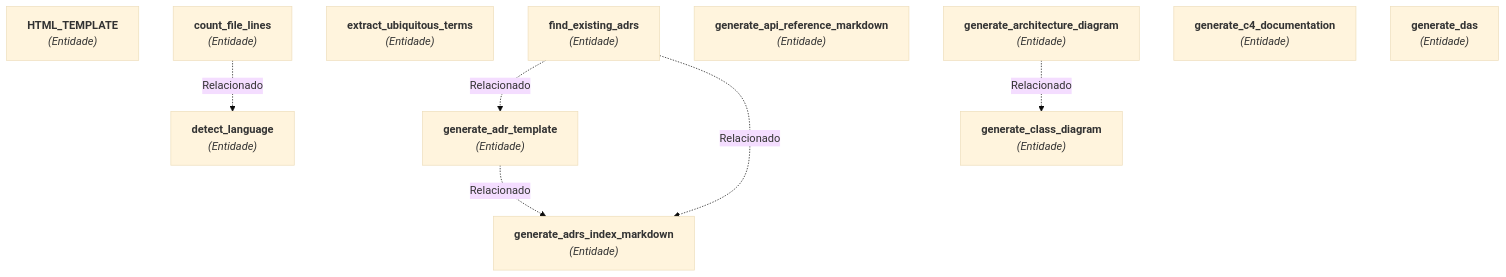
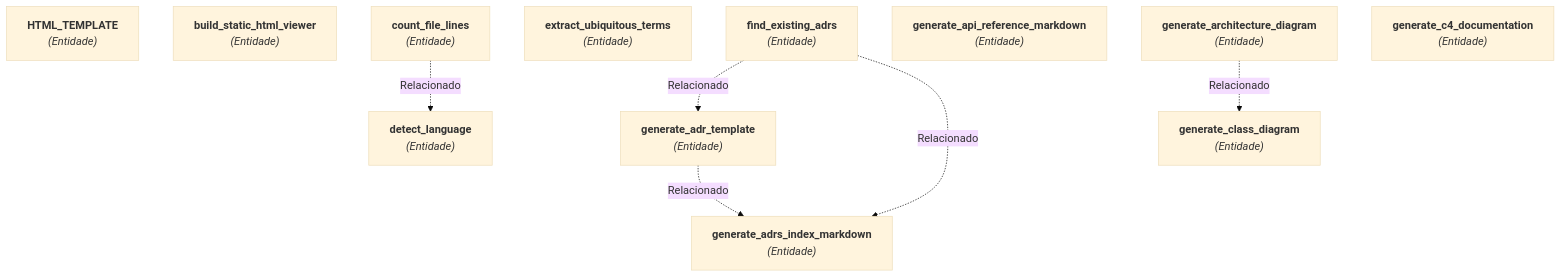
One commit to marcoswferreira/doc-gen changed the diagram in docs/UBIQUITOUS_LANGUAGE.md. Above: the diagram before and after it, drawn with Mermaid (base theme). The commit also changed other lines of this file and 14 other files, not shown here.

````diff
--- a/docs/UBIQUITOUS_LANGUAGE.md
+++ b/docs/UBIQUITOUS_LANGUAGE.md
@@ -11,20 +11,20 @@
 ```mermaid
 graph TD
     HTML_TEMPLATE["<b>HTML_TEMPLATE</b><br/><i>(Entidade)</i>"]
+    build_static_html_viewer["<b>build_static_html_viewer</b><br/><i>(Entidade)</i>"]
     count_file_lines["<b>count_file_lines</b><br/><i>(Entidade)</i>"]
     detect_language["<b>detect_language</b><br/><i>(Entidade)</i>"]
     extract_ubiquitous_terms["<b>extract_ubiquitous_terms</b><br/><i>(Entidade)</i>"]
     find_existing_adrs["<b>find_existing_adrs</b><br/><i>(Entidade)</i>"]
     generate_adr_template["<b>generate_adr_template</b><br/><i>(Entidade)</i>"]
     generate_adrs_index_markdown["<b>generate_adrs_index_markdown</b><br/><i>(Entidade)</i>"]
     generate_api_reference_markdown["<b>generate_api_reference_markdown</b><br/><i>(Entidade)</i>"]
     generate_architecture_diagram["<b>generate_architecture_diagram</b><br/><i>(Entidade)</i>"]
     generate_c4_documentation["<b>generate_c4_documentation</b><br/><i>(Entidade)</i>"]
     generate_class_diagram["<b>generate_class_diagram</b><br/><i>(Entidade)</i>"]
-    generate_das["<b>generate_das</b><br/><i>(Entidade)</i>"]
     count_file_lines -.->|Relacionado| detect_language
     find_existing_adrs -.->|Relacionado| generate_adr_template
     find_existing_adrs -.->|Relacionado| generate_adrs_index_markdown
     generate_adr_template -.->|Relacionado| generate_adrs_index_markdown
     generate_architecture_diagram -.->|Relacionado| generate_class_diagram
 ```
````
